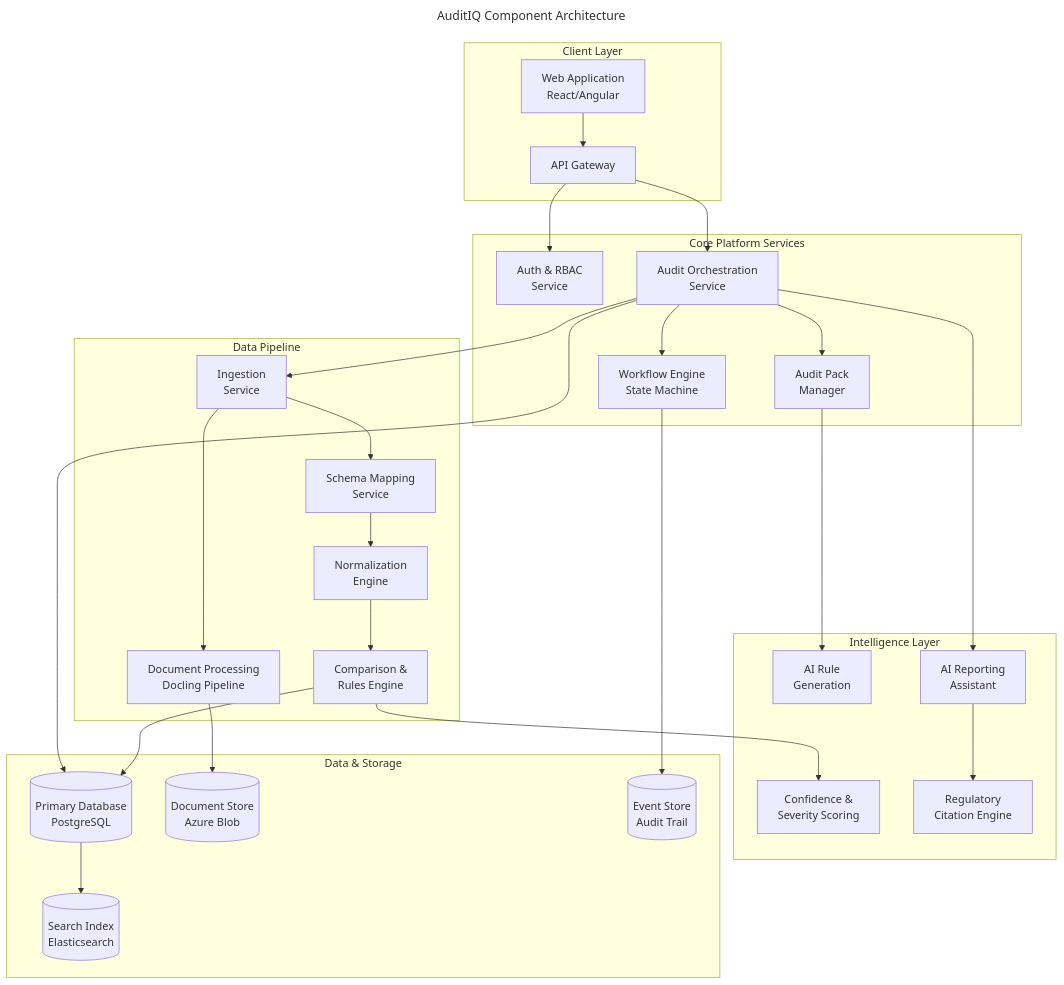
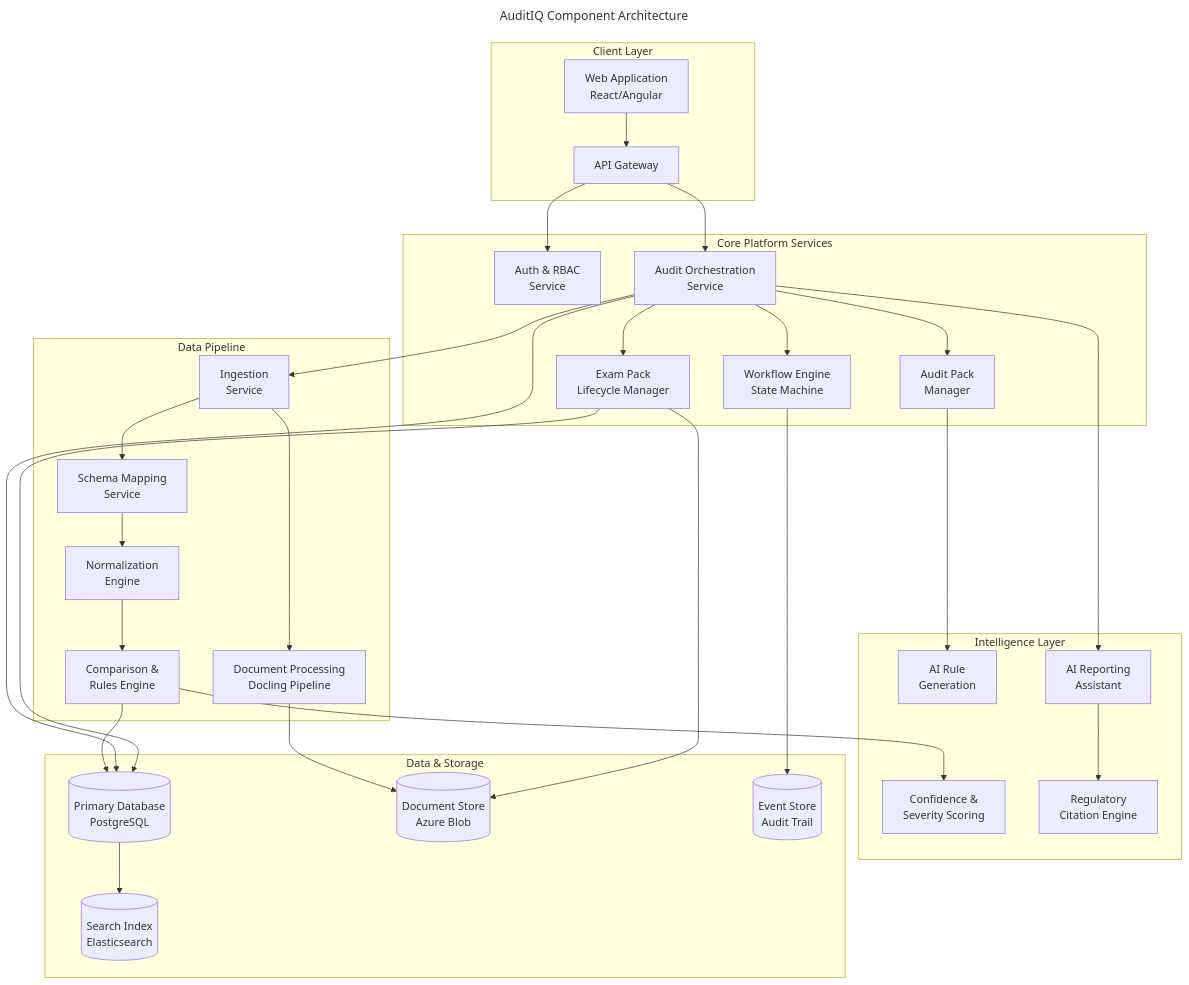
The third of 6 diagrams in src/docs/asciidoc/auditiq-product-architecture-delivery-plan/architecture-overview/index.adoc (epieczko-re/audit-iq-docs), drawn with Mermaid before and after one commit. The commit also changed other lines of this file and 7 other files, not shown here.

```diff
--- a/src/docs/asciidoc/auditiq-product-architecture-delivery-plan/architecture-overview/index.adoc
+++ b/src/docs/asciidoc/auditiq-product-architecture-delivery-plan/architecture-overview/index.adoc
@@ -167,61 +201,65 @@
 [mermaid]
 ----
 ---
 title: AuditIQ Component Architecture
 ---
 graph TB
     subgraph ClientLayer[Client Layer]
         UI["Web Application<br/>React/Angular"]
         API_GW[API Gateway]
     end
 
     subgraph CorePlatform[Core Platform Services]
         AUTH["Auth & RBAC<br/>Service"]
         AUDIT["Audit Orchestration<br/>Service"]
         PACK["Audit Pack<br/>Manager"]
         WORKFLOW["Workflow Engine<br/>State Machine"]
+        EXAM["Exam Pack<br/>Lifecycle Manager"]
     end
 
     subgraph DataPipeline[Data Pipeline]
         INGEST["Ingestion<br/>Service"]
         DOCPROC["Document Processing<br/>Docling Pipeline"]
         MAPPER["Schema Mapping<br/>Service"]
         NORM["Normalization<br/>Engine"]
         COMPARE["Comparison &<br/>Rules Engine"]
     end
 
     subgraph IntelligenceLayer[Intelligence Layer]
         AI_RULES["AI Rule<br/>Generation"]
         AI_REPORT["AI Reporting<br/>Assistant"]
         SCORING["Confidence &<br/>Severity Scoring"]
         CITATIONS["Regulatory<br/>Citation Engine"]
     end
 
     subgraph DataLayer[Data & Storage]
         DB[("Primary Database<br/>PostgreSQL")]
         DOCS[("Document Store<br/>Azure Blob")]
         SEARCH[("Search Index<br/>Elasticsearch")]
         EVENTS[("Event Store<br/>Audit Trail")]
     end
 
     UI --> API_GW
     API_GW --> AUTH
     API_GW --> AUDIT
     AUDIT --> PACK
     AUDIT --> WORKFLOW
     AUDIT --> INGEST
     INGEST --> DOCPROC
     INGEST --> MAPPER
     MAPPER --> NORM
     NORM --> COMPARE
     COMPARE --> SCORING
     PACK --> AI_RULES
+    AUDIT --> EXAM
     AUDIT --> AI_REPORT
     AI_REPORT --> CITATIONS
+    EXAM --> DB
+    EXAM --> DOCS
 
     AUDIT --> DB
     DOCPROC --> DOCS
     COMPARE --> DB
     WORKFLOW --> EVENTS
     DB --> SEARCH
 ----
```
